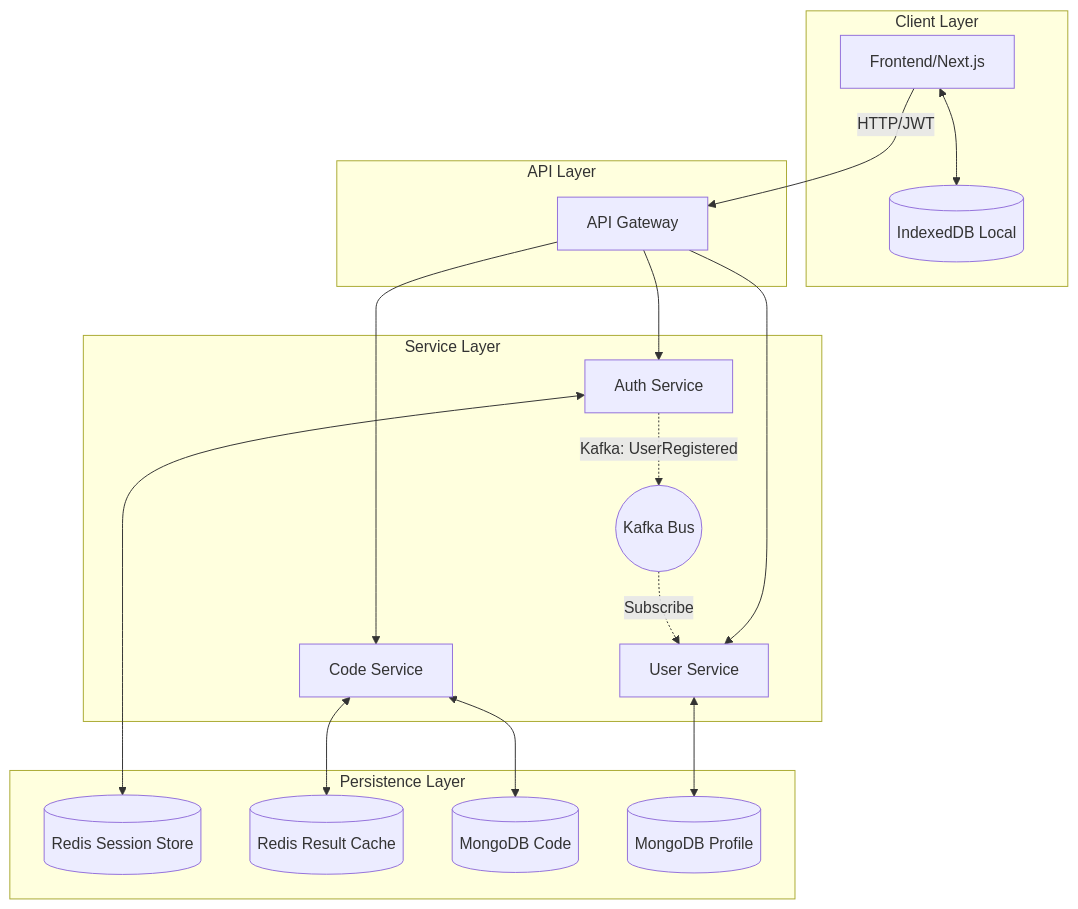
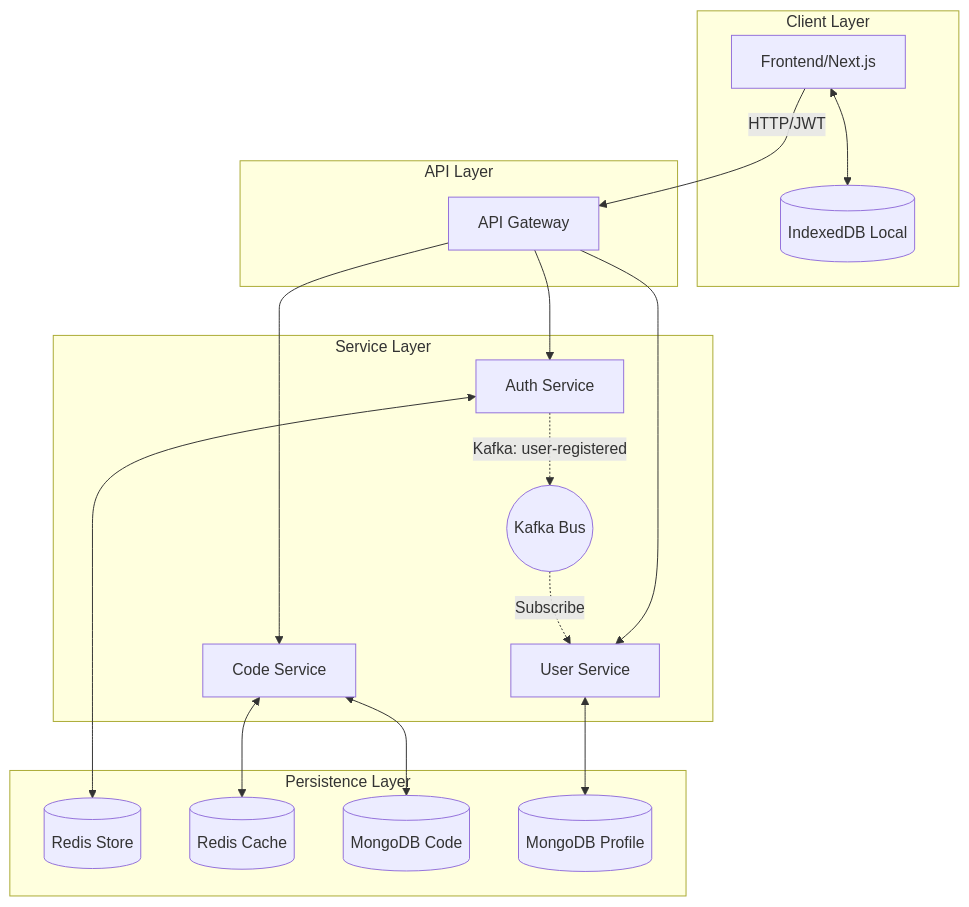
The diagram in README.md (sayanChaterjee/browser-editor), drawn with Mermaid before and after one commit. The commit also changed other lines of this file and 8 other files, not shown here.

````diff
--- a/README.md
+++ b/README.md
@@ -17,29 +20,29 @@
 ```mermaid
 graph TD
     subgraph Client Layer
         Browser[Frontend/Next.js]
         IDB[(IndexedDB Local)]
         Browser <--> IDB
     end
 
     subgraph API Layer
         Gateway[API Gateway]
         Browser -->|HTTP/JWT| Gateway
     end
 
     subgraph Service Layer
         Gateway --> Auth[Auth Service]
         Gateway --> User[User Service]
         Gateway --> Code[Code Service]
         
-        Auth -.->|Kafka: UserRegistered| Kafka((Kafka Bus))
+        Auth -.->|Kafka: user-registered| Kafka((Kafka Bus))
         Kafka -.->|Subscribe| User
     end
 
     subgraph Persistence Layer
-        Auth <--> RedisSession[(Redis Session Store)]
-        Code <--> RedisCache[(Redis Result Cache)]
+        Auth <--> RedisSession[(Redis Store)]
+        Code <--> RedisCache[(Redis Cache)]
         Code <--> CodeDB[(MongoDB Code)]
         User <--> UserDB[(MongoDB Profile)]
     end
 ```
````
